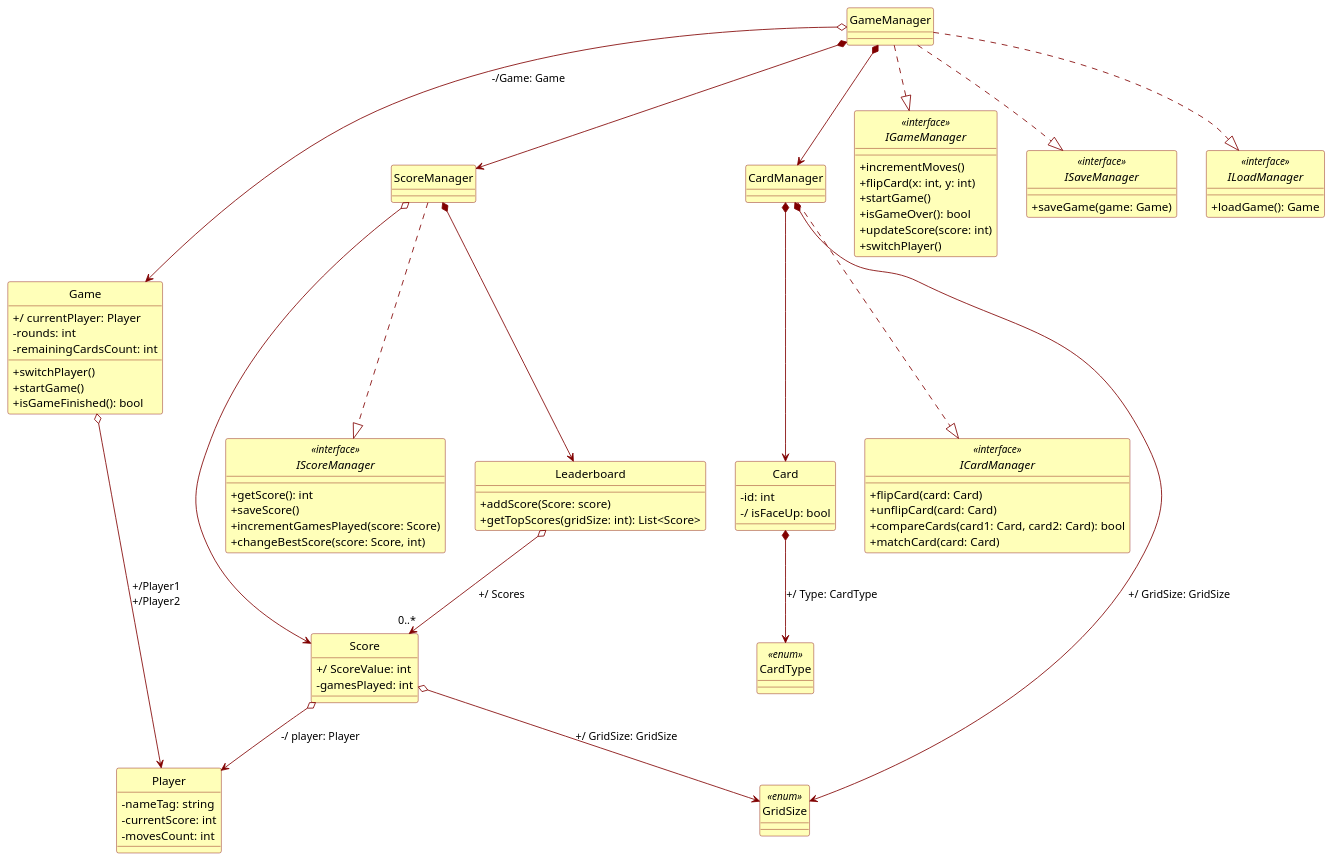
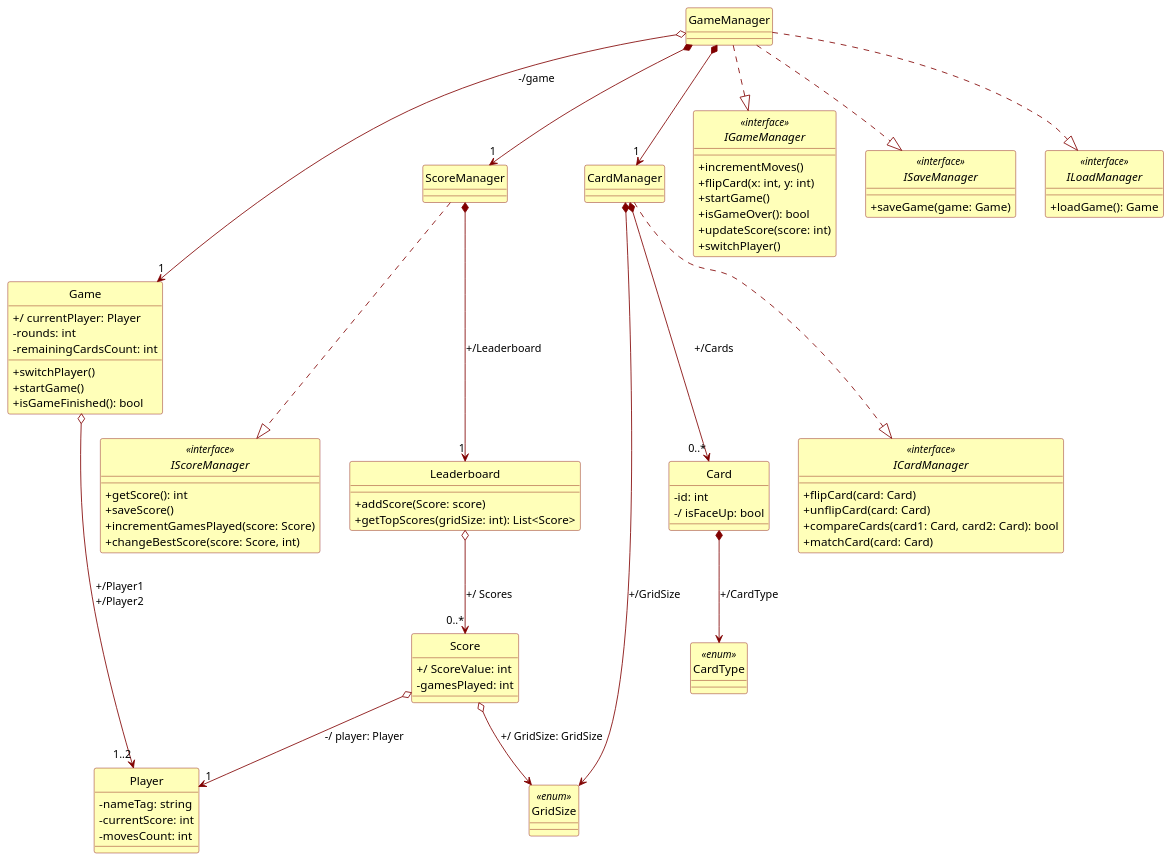
The diagram in src/Docs/Diagrammes/classe_2.md (PosiTr0n505/Game-Memory), drawn with PlantUML before and after one commit.

Commit message:
Mise à jour de 'src/Docs/Diagrammes/classe_2.md'

```diff
--- a/src/Docs/Diagrammes/classe_2.md
+++ b/src/Docs/Diagrammes/classe_2.md
@@ -22,7 +22,7 @@
     - gamesPlayed: int
 }
 
-Score o--> Player : "-/ player: Player"
+Score o--> "1" Player : "-/ player: Player"
 Score o--> GridSize : "+/ GridSize: GridSize"
 
 class Leaderboard {
@@ -41,14 +41,14 @@
     + isGameFinished(): bool
 }
 
-Game  o--> Player : "+/Player1\n+/Player2"
+Game  o--> "1..2" Player : "+/Player1\n+/Player2"
 
 class Card {
     - id: int
     -/ isFaceUp: bool
 }
 
-Card *--> CardType : "+/ Type: CardType"
+Card *--> CardType : "+/CardType"
 
 class CardType <<enum>>
 
@@ -92,19 +92,18 @@
 GameManager ..|> IGameManager
 GameManager ..|> ISaveManager
 GameManager ..|> ILoadManager
-GameManager o--> Game : "-/Game: Game"
-GameManager *--> CardManager
-GameManager *--> ScoreManager
+GameManager o--> "1" Game : "-/game"
+GameManager *--> "1" CardManager
+GameManager *--> "1" ScoreManager
 
 class ScoreManager
 ScoreManager ..|> IScoreManager
-ScoreManager o--> Score
-ScoreManager *--> Leaderboard
+ScoreManager *--> "1" Leaderboard : +/Leaderboard
 
 class CardManager
 CardManager ..|> ICardManager
-CardManager *--> Card
-CardManager *--> GridSize : "+/ GridSize: GridSize"
+CardManager *--> "0..*" Card : "+/Cards"
+CardManager *--> GridSize : "+/GridSize"
 
 
 enum GridSize <<enum>>
```
